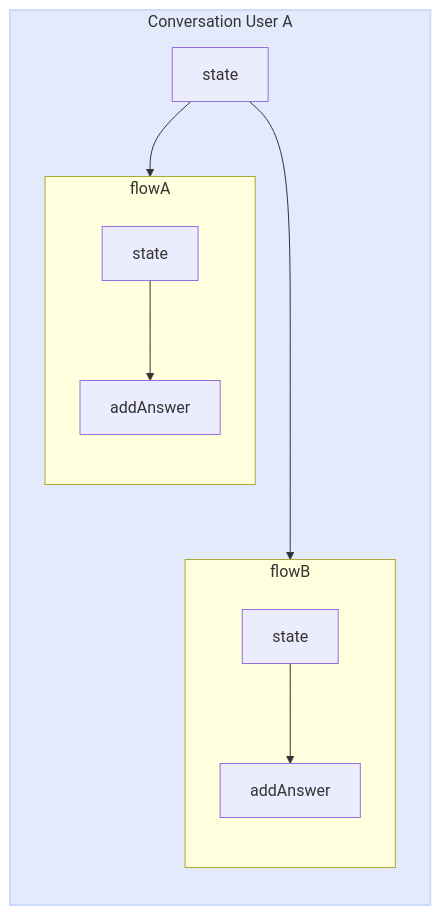
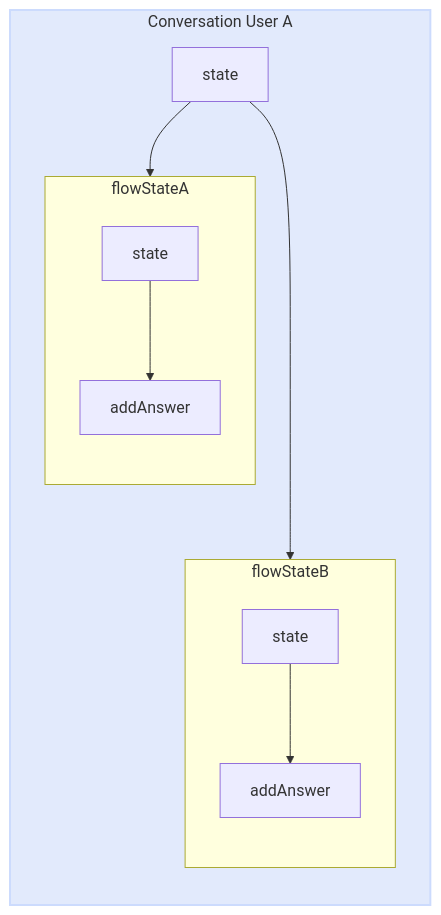
Before and after one commit to codigoencasa/documentation: the first of 4 diagrams in src/pages/methods.mdx, drawn with Mermaid. The commit also changed other lines of this file, not shown here.

````diff
--- a/src/pages/methods.mdx
+++ b/src/pages/methods.mdx
@@ -84,22 +83,22 @@
 ```mermaid
 flowchart LR
-    subgraph sub1[Conversation User A]
-      style sub1 fill:#e2eafc,stroke:#ccdbfd,stroke-width:2px
-      subgraph flowA
+    subgraph subState1[Conversation User A]
+      style subState1 fill:#e2eafc,stroke:#ccdbfd,stroke-width:2px
+      subgraph flowStateA
           direction TB
-          top1[state] --> bottom1[addAnswer]
+          topState1[state] --> bottom1[addAnswer]
       end
-      subgraph flowB
+      subgraph flowStateB
           direction TB
-          top2[state] --> bottom2[addAnswer]
+          topState2[state] --> bottom2[addAnswer]
       end
       %% ^ These subgraphs are identical, except for the links to them:
 
-      %% Link *to* flowA: flowA direction is maintained
-      state --> flowA
-      %% Link *within* flowB:
-      %% flowB inherits the direction of the top-level graph (LR)
-      state ---> top2
+      %% Link *to* flowStateA: flowStateA direction is maintained
+      state --> flowStateA
+      %% Link *within* flowStateB:
+      %% flowStateB inherits the direction of the top-level graph (LR)
+      state ---> topState2
     end
 
 ```
````
